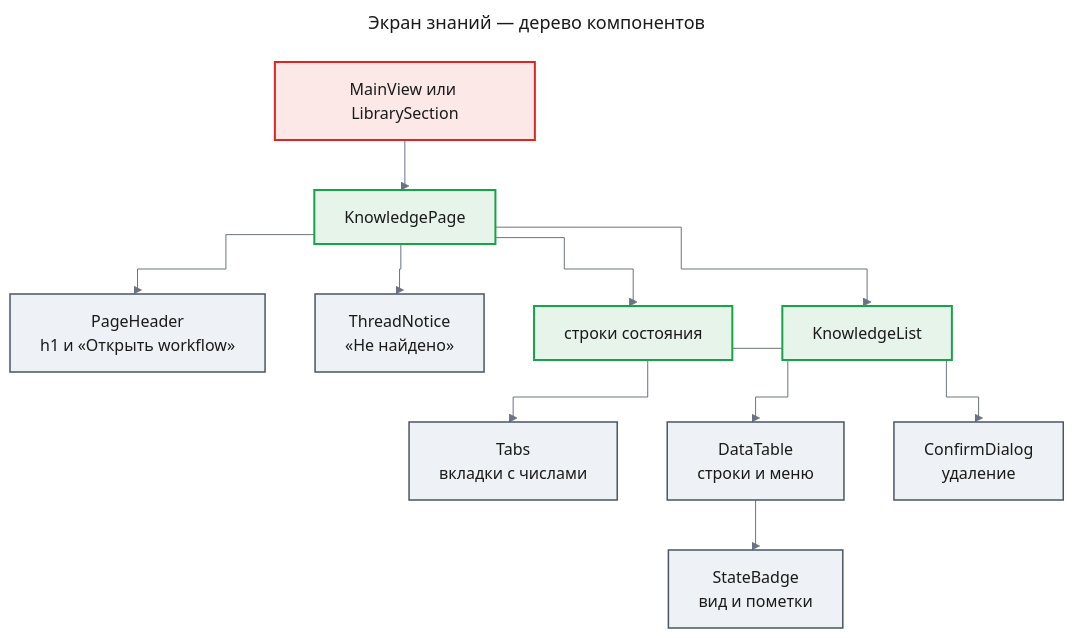
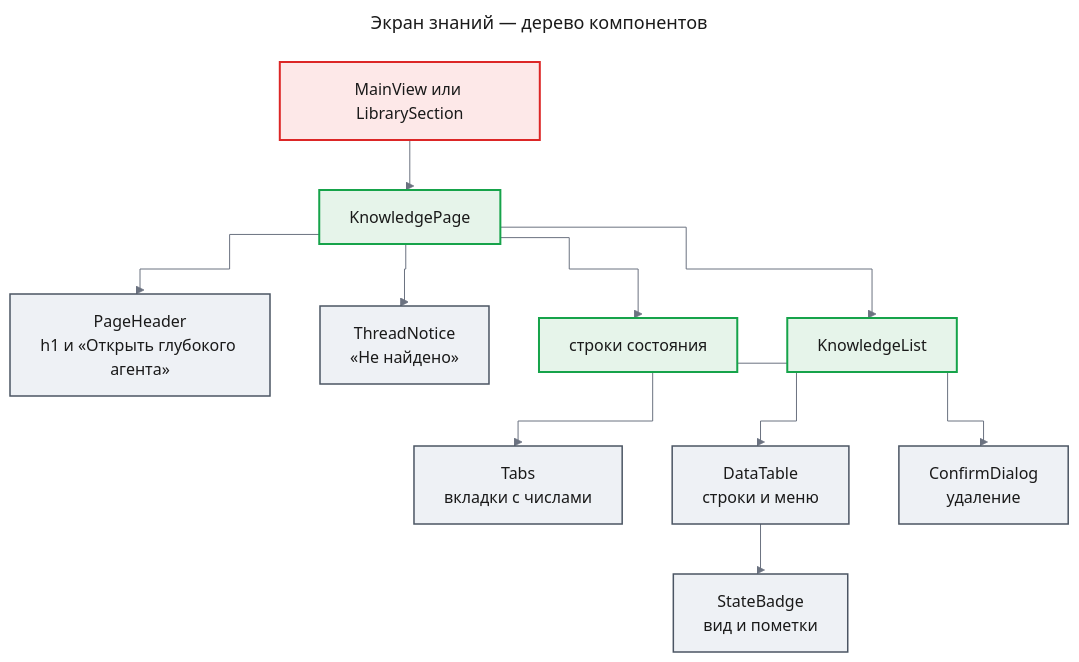
The third of 7 diagrams in docs/features/self-learning/design-web.md (tundraray/agent-os), drawn with Mermaid before and after one commit. The commit also changed other lines of this file and 13 other files, not shown here.

````diff
--- a/docs/features/self-learning/design-web.md
+++ b/docs/features/self-learning/design-web.md
@@ -329,41 +255,41 @@
 ```mermaid
 ---
 title: "Экран знаний — дерево компонентов"
 config:
   theme: base
   look: classic
   themeVariables:
     primaryColor: "#eef1f5"
     primaryBorderColor: "#4b5563"
     primaryTextColor: "#1a1a1a"
     lineColor: "#6b7280"
   flowchart:
     curve: step
 ---
 flowchart TB
     shell["MainView или LibrarySection"]
     page["KnowledgePage"]
-    header["PageHeader<br/>h1 и «Открыть workflow»"]
+    header["PageHeader<br/>h1 и «Открыть глубокого агента»"]
     notice["ThreadNotice<br/>«Не найдено»"]
     status["строки состояния"]
     list["KnowledgeList"]
     tabs["Tabs<br/>вкладки с числами"]
     table["DataTable<br/>строки и меню"]
     badge["StateBadge<br/>вид и пометки"]
     dialog["ConfirmDialog<br/>удаление"]
     shell --> page
     page --> header
     page --> notice
     page --> status
     page --> list
     list --> tabs
     list --> table
     table --> badge
     list --> dialog
     classDef new fill:#e6f4ea,stroke:#16a34a,stroke-width:2px,color:#1a1a1a
     classDef changed fill:#fde8e8,stroke:#dc2626,stroke-width:2px,color:#1a1a1a
     classDef unchanged fill:#eef1f5,stroke:#4b5563,stroke-width:1.5px,color:#1a1a1a
     class page,status,list new
     class shell changed
     class header,notice,tabs,table,badge,dialog unchanged
 ```
````
